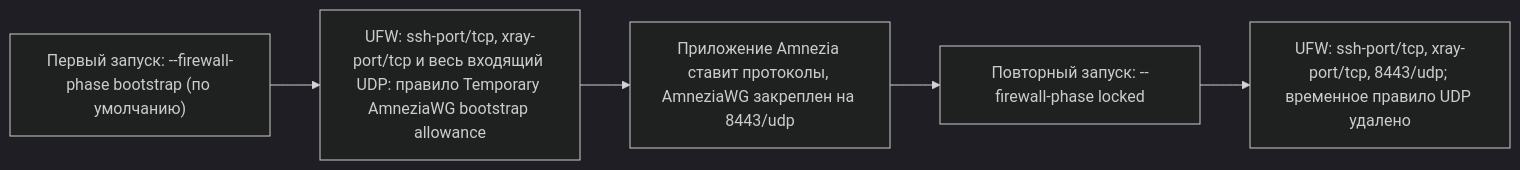
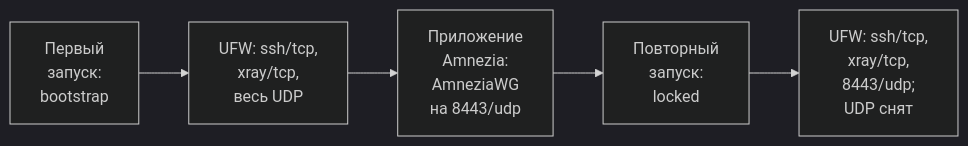
Before and after one commit to snaplyze/optimize-debian: the diagram in docs/README_AMNEZIA_HOST.md, drawn with Mermaid (dark theme). The commit also changed 7 other files, not shown here.

First line of the commit message:
docs: make the diagrams of README and the guides readable on GitHub

````diff
--- a/docs/README_AMNEZIA_HOST.md
+++ b/docs/README_AMNEZIA_HOST.md
@@ -179,7 +179,7 @@
 ```mermaid
 flowchart LR
-    A["Первый запуск: --firewall-phase bootstrap (по умолчанию)"] --> B["UFW: ssh-port/tcp, xray-port/tcp и весь входящий UDP: правило Temporary AmneziaWG bootstrap allowance"]
-    B --> C["Приложение Amnezia ставит протоколы, AmneziaWG закреплен на 8443/udp"]
-    C --> D["Повторный запуск: --firewall-phase locked"]
-    D --> E["UFW: ssh-port/tcp, xray-port/tcp, 8443/udp; временное правило UDP удалено"]
+    A["Первый<br>запуск:<br>bootstrap"] --> B["UFW: ssh/tcp,<br>xray/tcp,<br>весь UDP"]
+    B --> C["Приложение<br>Amnezia:<br>AmneziaWG<br>на 8443/udp"]
+    C --> D["Повторный<br>запуск:<br>locked"]
+    D --> E["UFW: ssh/tcp,<br>xray/tcp,<br>8443/udp;<br>UDP снят"]
 ```
````
